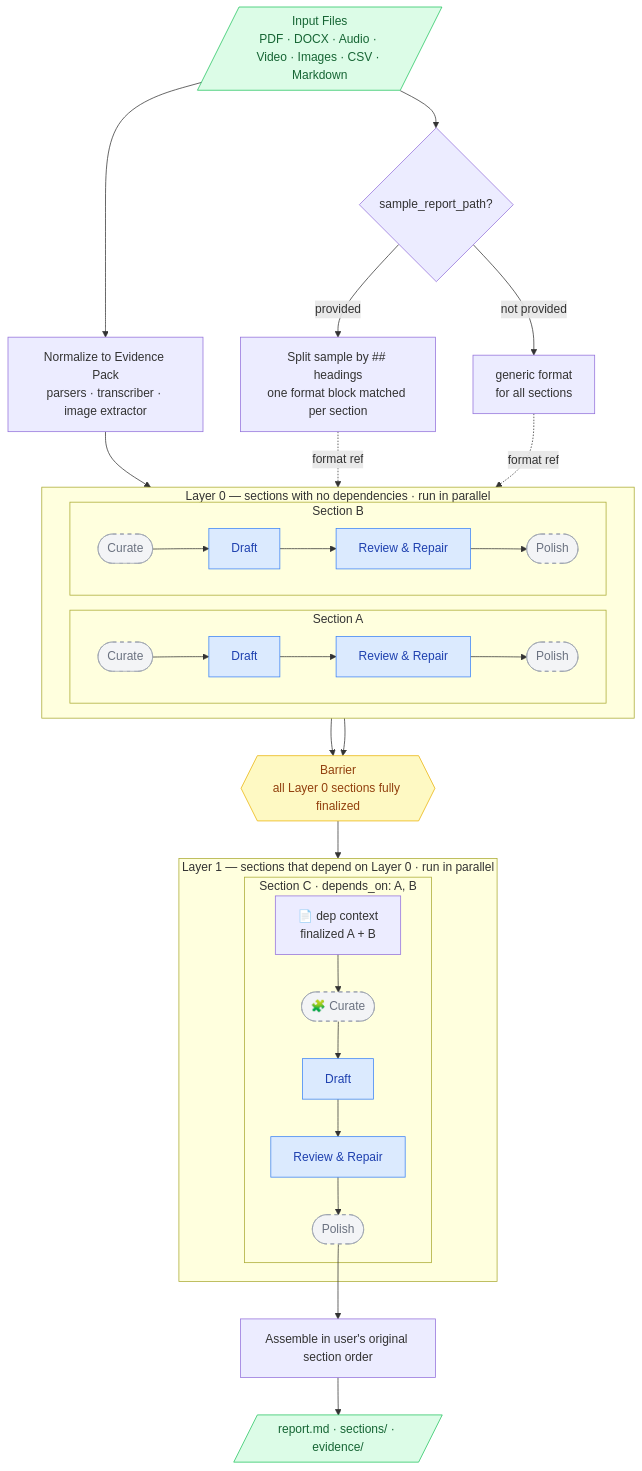
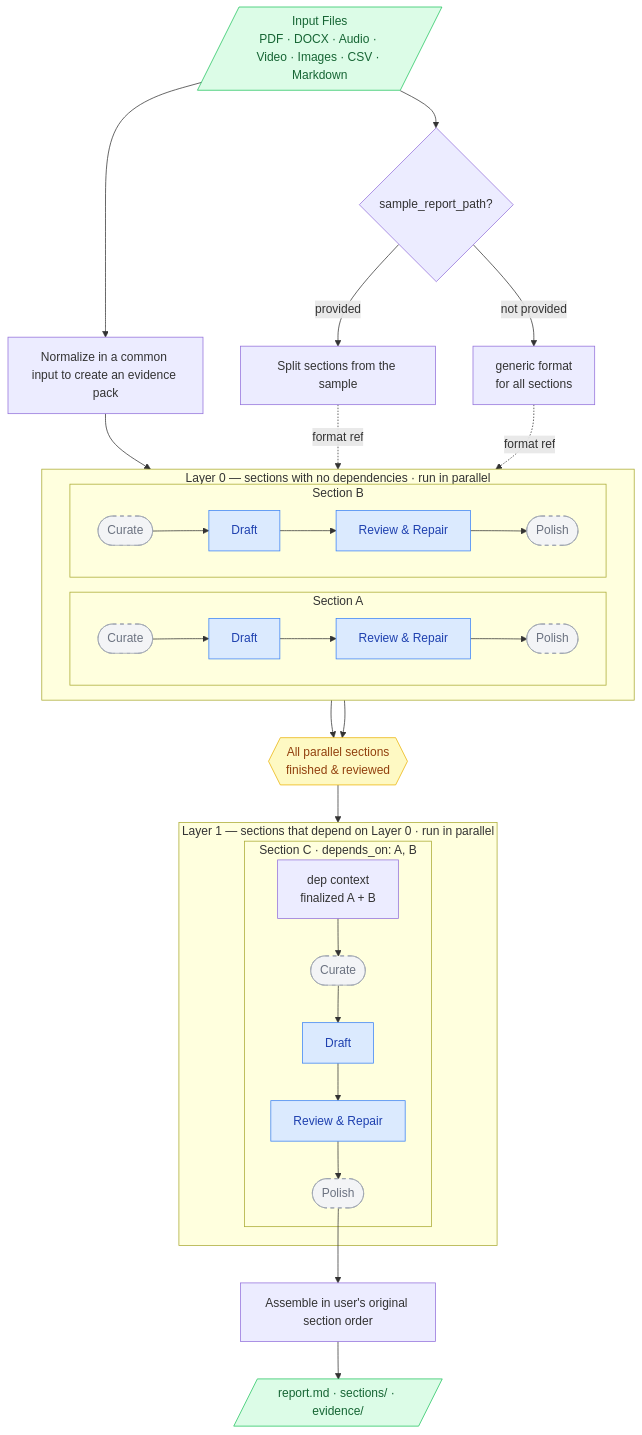
The diagram in implementation_layer/src/gaik/software_modules/multi_source_report_generator/README.md (GAIK-project/gaik-toolkit), drawn with Mermaid before and after one commit. The commit also changed other lines of this file, not shown here.

````diff
--- a/implementation_layer/src/gaik/software_modules/multi_source_report_generator/README.md
+++ b/implementation_layer/src/gaik/software_modules/multi_source_report_generator/README.md
@@ -104,42 +128,42 @@
 ```mermaid
 flowchart TD
     classDef opt  fill:#f3f4f6,stroke:#9ca3af,stroke-dasharray:5 5,color:#6b7280
     classDef api  fill:#dbeafe,stroke:#3b82f6,color:#1e40af
     classDef io   fill:#dcfce7,stroke:#22c55e,color:#166534
     classDef bar  fill:#fef9c3,stroke:#eab308,color:#92400e
 
     IN[/"Input Files\nPDF · DOCX · Audio · Video · Images · CSV · Markdown"/]:::io
-    IN --> NORM["Normalize to Evidence Pack\nparsers · transcriber · image extractor"]
+    IN --> NORM["Normalize in a common input to create an evidence pack"]
     IN --> SQ{sample_report_path?}
-    SQ -- provided --> SS["Split sample by ## headings\none format block matched per section"]
+    SQ -- provided --> SS["Split sections from the sample"]
     SQ -- not provided --> GF["generic format\nfor all sections"]
 
     NORM --> L0
     SS -. format ref .-> L0
     GF -. format ref .-> L0
 
     subgraph L0 ["Layer 0 — sections with no dependencies · run in parallel "]
       direction LR
       subgraph SA [" Section A "]
         a1(["Curate"]):::opt --> a2["Draft"]:::api --> a3["Review & Repair"]:::api --> a4(["Polish"]):::opt
       end
       subgraph SB [" Section B "]
         b1(["Curate"]):::opt --> b2["Draft"]:::api --> b3["Review & Repair"]:::api --> b4(["Polish"]):::opt
       end
     end
 
     a4 --> BAR
     b4 --> BAR
-    BAR{{"Barrier\nall Layer 0 sections fully finalized"}}:::bar
+    BAR{{"All parallel sections\nfinished & reviewed"}}:::bar
 
     BAR --> L1
 
     subgraph L1 ["Layer 1 — sections that depend on Layer 0 · run in parallel "]
       subgraph SC [" Section C · depends_on: A, B "]
-        c0["📄 dep context\nfinalized A + B"] --> c1(["🧩 Curate"]):::opt --> c2["Draft"]:::api --> c3["Review & Repair"]:::api --> c4(["Polish"]):::opt
+        c0["dep context\nfinalized A + B"] --> c1(["Curate"]):::opt --> c2["Draft"]:::api --> c3["Review & Repair"]:::api --> c4(["Polish"]):::opt
       end
     end
 
     c4 --> ASM["Assemble in user's original section order"]
     ASM --> OUT[/"report.md · sections/ · evidence/"/]:::io
 ```
````
